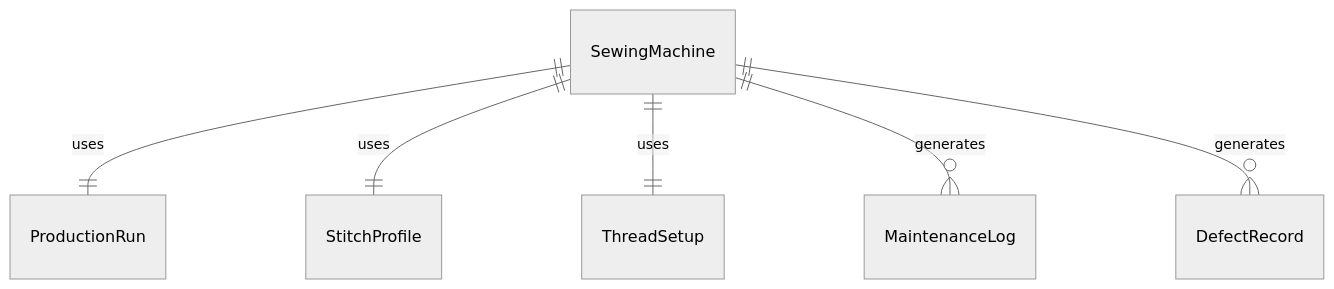
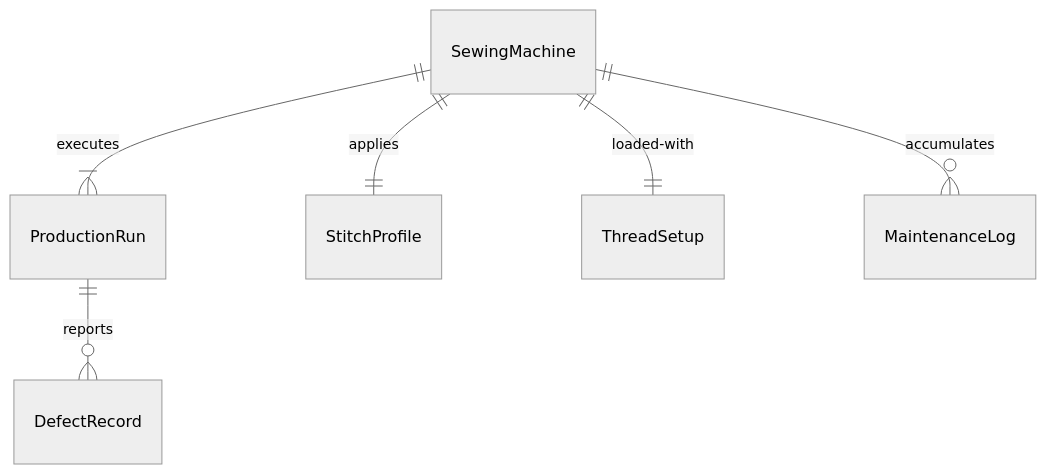
The first of 4 diagrams in HandlingAndMovingObjects/SewGarmentsOrMaterials/OperateSewingEquipment.mdx (dot-org-ai/tasks.org.ai), drawn with Mermaid (neutral theme) before and after one commit. The commit also changed other lines of this file and 515 other files, not shown here.

````diff
--- a/HandlingAndMovingObjects/SewGarmentsOrMaterials/OperateSewingEquipment.mdx
+++ b/HandlingAndMovingObjects/SewGarmentsOrMaterials/OperateSewingEquipment.mdx
@@ -88,8 +88,8 @@
 ```mermaid
 erDiagram
-    SewingMachine ||--|| ProductionRun : "uses"
-    SewingMachine ||--|| StitchProfile : "uses"
-    SewingMachine ||--|| ThreadSetup : "uses"
-    SewingMachine ||--o{ MaintenanceLog : "generates"
-    SewingMachine ||--o{ DefectRecord : "generates"
+    SewingMachine ||--|{ ProductionRun : "executes"
+    SewingMachine ||--|| StitchProfile : "applies"
+    SewingMachine ||--|| ThreadSetup : "loaded-with"
+    SewingMachine ||--o{ MaintenanceLog : "accumulates"
+    ProductionRun ||--o{ DefectRecord : "reports"
 ```
````
